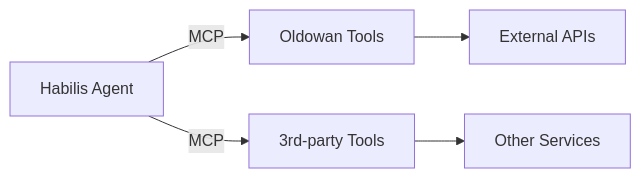
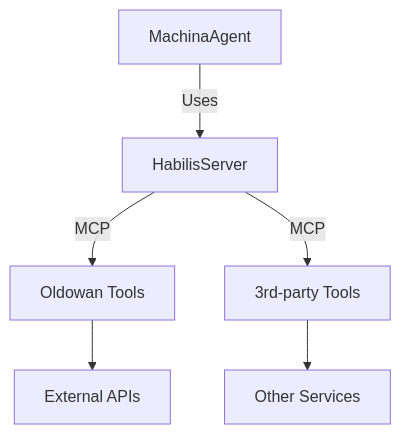
One commit to elite-agents/machina-habilis changed the first of 2 diagrams in README.md. Above: the diagram before and after it, drawn with Mermaid. The commit also changed other lines of this file and 11 other files, not shown here.

Commit message:
feat(machina-habilis): implement separation of infra and cognition

````diff
--- a/README.md
+++ b/README.md
@@ -8,7 +10,8 @@
 ```mermaid
-graph LR
-    A[Habilis Agent] -->|MCP| B[Oldowan Tools]
-    A -->|MCP| C[3rd-party Tools]
-    B --> D[External APIs]
-    C --> E[Other Services]
+graph TD
+    A[MachinaAgent] -->|Uses| B[HabilisServer]
+    B -->|MCP| C[Oldowan Tools]
+    B -->|MCP| D[3rd-party Tools]
+    C --> E[External APIs]
+    D --> F[Other Services]
 ```
````
